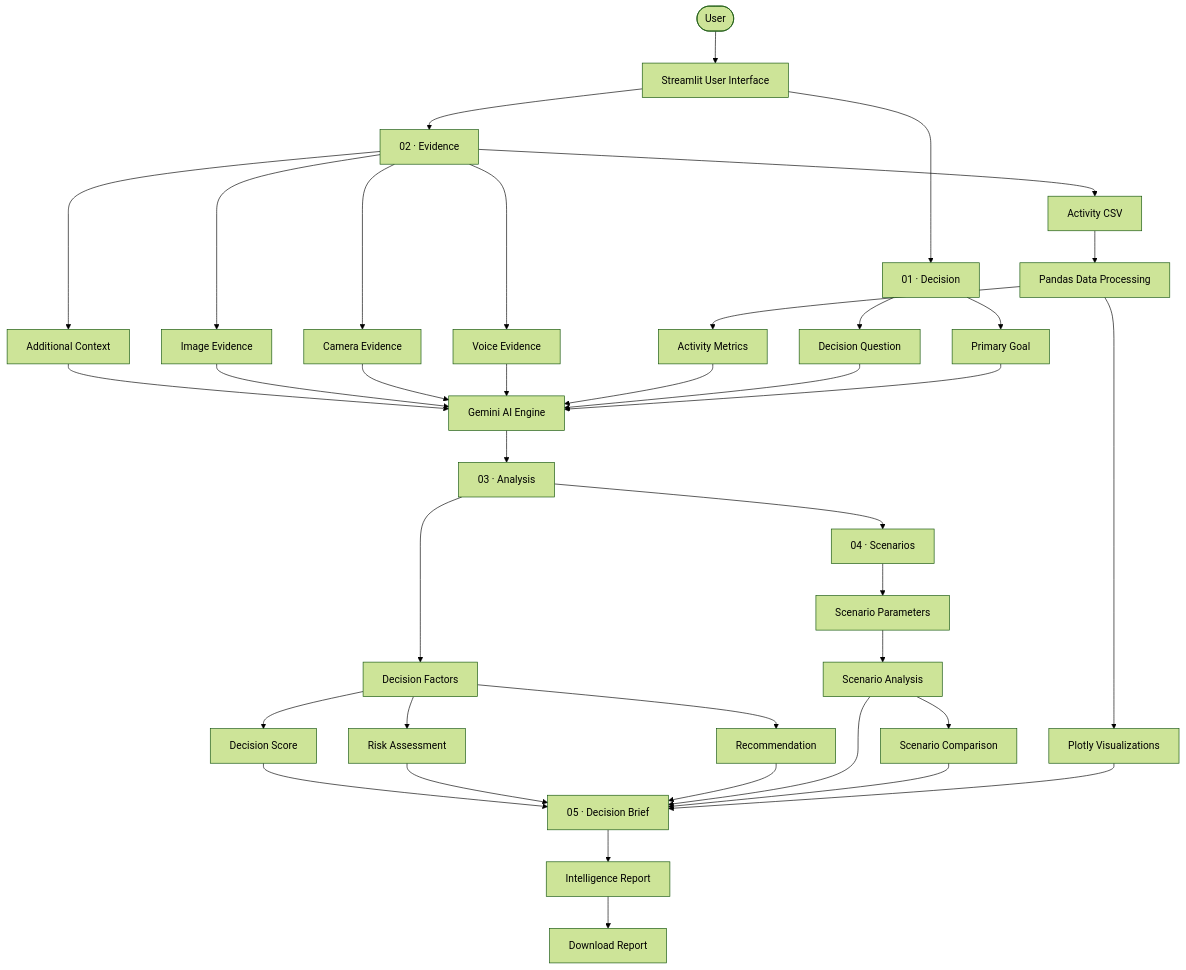
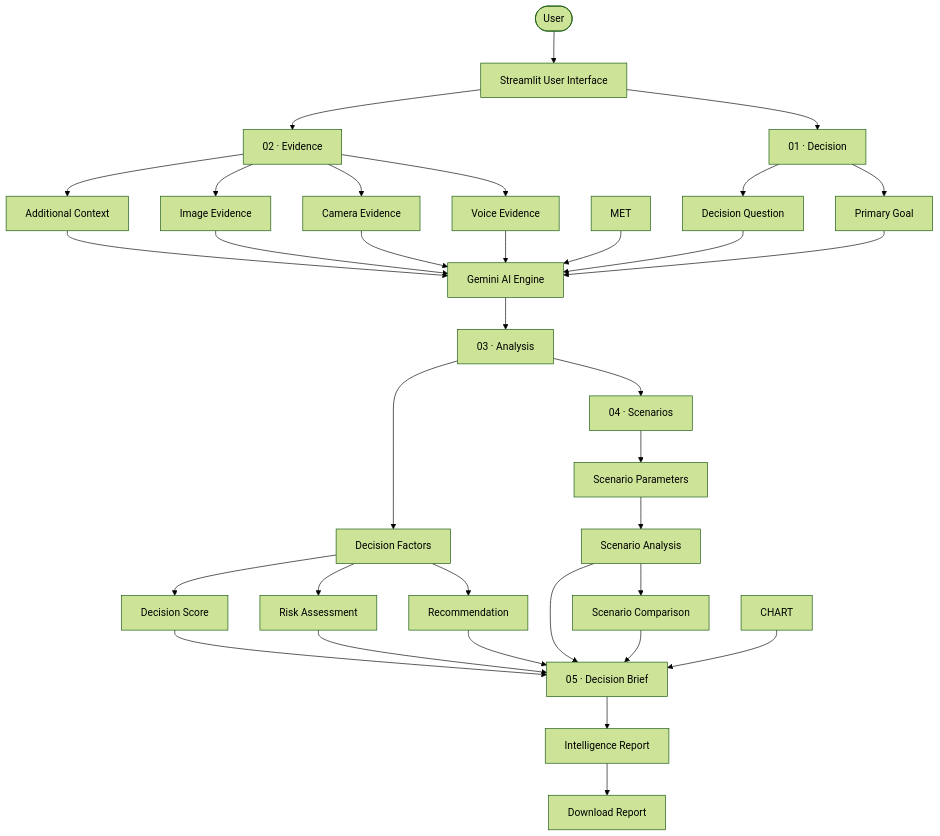
Before and after one commit to Gawandeepkaur20/DECISCOPE: the first of 2 diagrams in docs/architecture.md, drawn with Mermaid (forest theme). The commit also changed other lines of this file and 7 other files, not shown here.

````diff
--- a/docs/architecture.md
+++ b/docs/architecture.md
@@ -11,54 +11,49 @@
 ```mermaid
 flowchart TD
 
     U([User])
 
     U --> UI[Streamlit User Interface]
 
     UI --> D[01 · Decision]
     UI --> E[02 · Evidence]
 
     D --> DC[Decision Question]
     D --> GOAL[Primary Goal]
 
     E --> TXT[Additional Context]
-    E --> CSV[Activity CSV]
     E --> IMG[Image Evidence]
     E --> CAM[Camera Evidence]
     E --> VOICE[Voice Evidence]
-
-    CSV --> PD[Pandas Data Processing]
-    PD --> MET[Activity Metrics]
-    PD --> CHART[Plotly Visualizations]
 
     TXT --> AI[Gemini AI Engine]
     IMG --> AI
     CAM --> AI
     VOICE --> AI
     MET --> AI
     DC --> AI
     GOAL --> AI
 
     AI --> ANA[03 · Analysis]
 
     ANA --> FACTORS[Decision Factors]
     FACTORS --> SCORE[Decision Score]
     FACTORS --> RISK[Risk Assessment]
     FACTORS --> REC[Recommendation]
 
     ANA --> S[04 · Scenarios]
 
     S --> PARAM[Scenario Parameters]
     PARAM --> SC[Scenario Analysis]
     SC --> COMP[Scenario Comparison]
 
     SCORE --> R[05 · Decision Brief]
     RISK --> R
     REC --> R
     SC --> R
     COMP --> R
     CHART --> R
 
     R --> REPORT[Intelligence Report]
     REPORT --> DOWNLOAD[Download Report]
 ```
````
